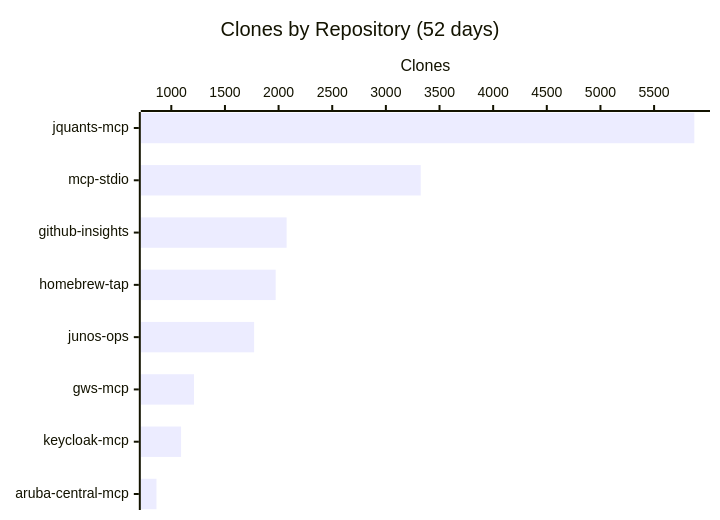
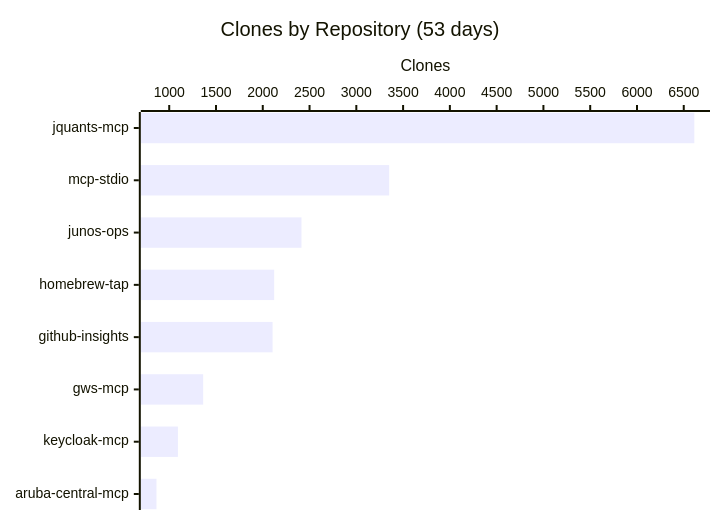
One commit to shigechika/github-insights changed the third of 3 diagrams in README.md. Above: the diagram before and after it, drawn with Mermaid. The commit also changed other lines of this file and 2 other files, not shown here.

````diff
--- a/README.md
+++ b/README.md
@@ -38,7 +38,7 @@
 ```mermaid
 xychart-beta horizontal
-    title "Clones by Repository (52 days)"
-    x-axis ["jquants-mcp", "mcp-stdio", "github-insights", "homebrew-tap", "junos-ops", "gws-mcp", "keycloak-mcp", "aruba-central-mcp"]
+    title "Clones by Repository (53 days)"
+    x-axis ["jquants-mcp", "mcp-stdio", "junos-ops", "homebrew-tap", "github-insights", "gws-mcp", "keycloak-mcp", "aruba-central-mcp"]
     y-axis "Clones"
-    bar [5875, 3325, 2075, 1973, 1772, 1212, 1091, 862]
+    bar [6613, 3351, 2414, 2122, 2105, 1363, 1093, 864]
 ```
````
